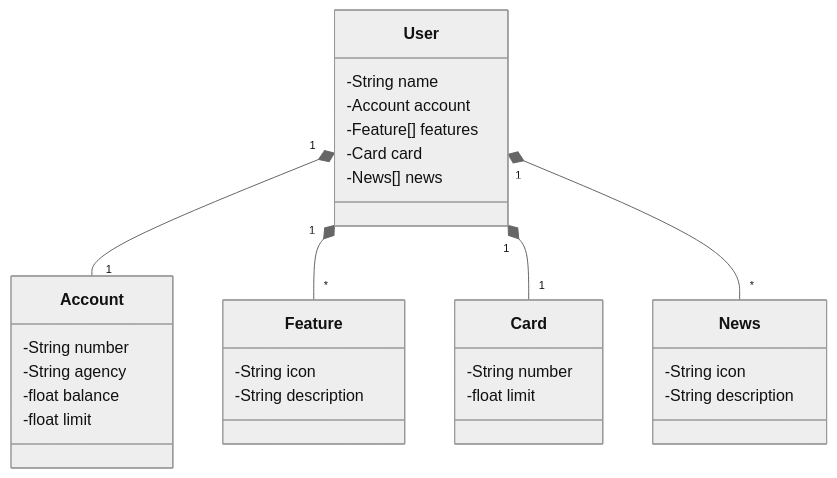
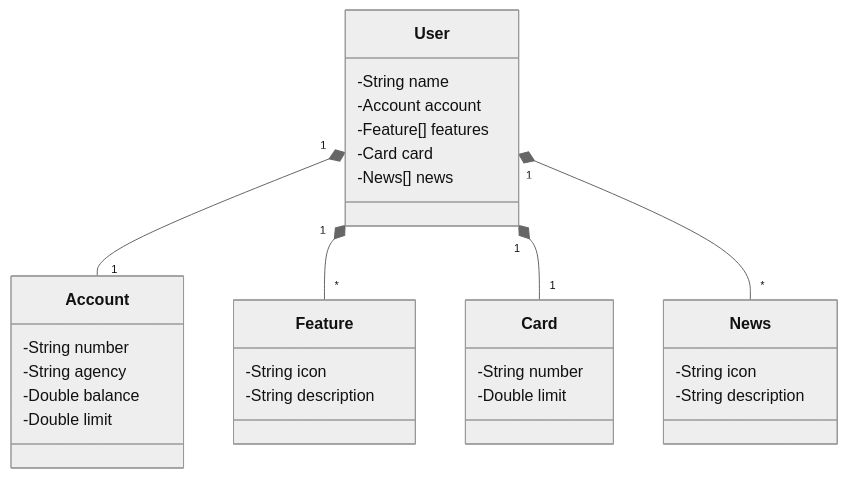
One commit to ThiagoMdO/santander-dev-week-2024 changed the diagram in README.md. Above: the diagram before and after it, drawn with Mermaid (neutral theme).

````diff
--- a/README.md
+++ b/README.md
@@ -1,37 +1,37 @@
 ```mermaid
 classDiagram
     class User {
         -String name
         -Account account
         -Feature[] features
         -Card card
         -News[] news
     }
 
     class Account {
         -String number
         -String agency
-        -float balance
-        -float limit
+        -Double balance
+        -Double limit
     }
 
     class Feature {
         -String icon
         -String description
     }
 
     class Card {
         -String number
-        -float limit
+        -Double limit
     }
 
     class News {
         -String icon
         -String description
     }
 
     User "1" *-- "1" Account
     User "1" *-- "*" Feature
     User "1" *-- "1" Card
     User "1" *-- "*" News
 ```
````
